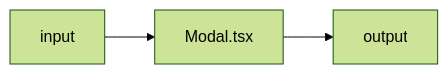
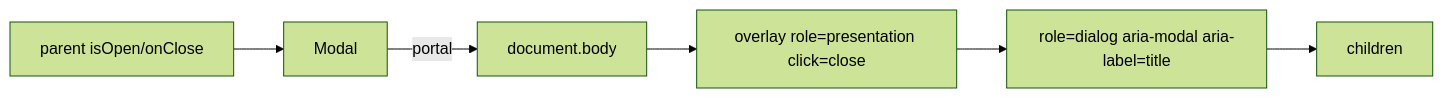
One commit to AzamatRaimbekov2/openCreate changed the diagram in apps/web/src/shared/ui/Modal.tsx.md. Above: the diagram before and after it, drawn with Mermaid (forest theme). The commit also changed other lines of this file and 13 other files, not shown here.

````diff
--- a/apps/web/src/shared/ui/Modal.tsx.md
+++ b/apps/web/src/shared/ui/Modal.tsx.md
@@ -19,4 +32,8 @@
 ```mermaid
 flowchart LR
-  IN[input] --> Modal[Modal.tsx] --> OUT[output]
+  P[parent isOpen/onClose] --> M[Modal]
+  M -->|portal| B[document.body]
+  B --> OV[overlay role=presentation click=close]
+  OV --> DG[role=dialog aria-modal aria-label=title]
+  DG --> C[children]
 ```
````
